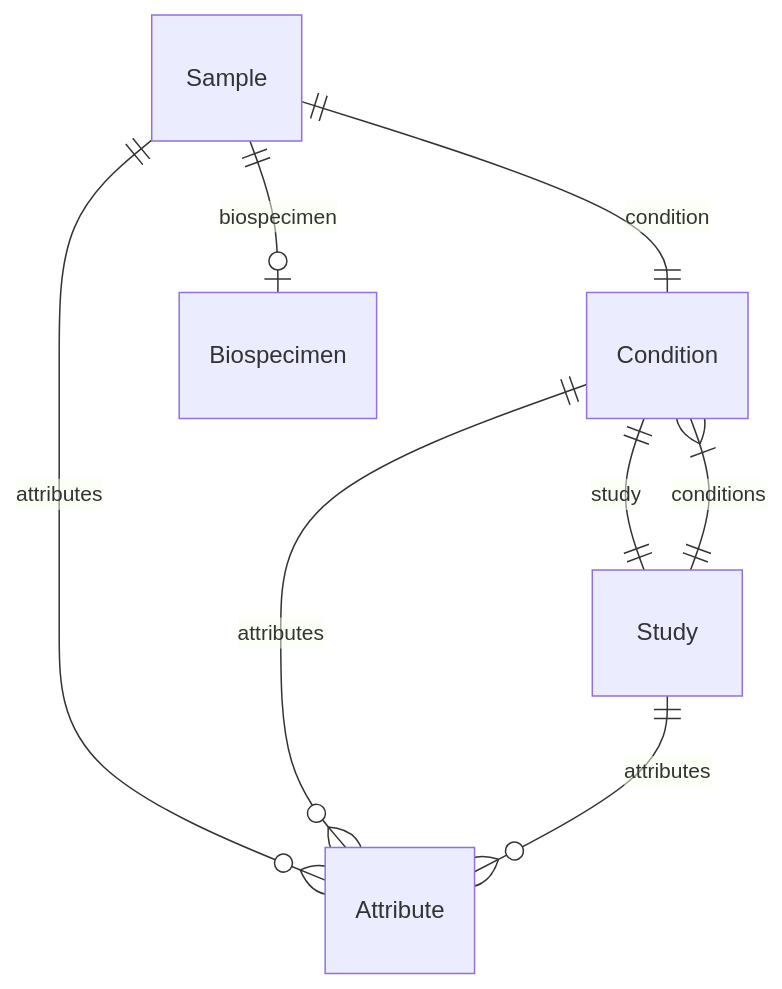
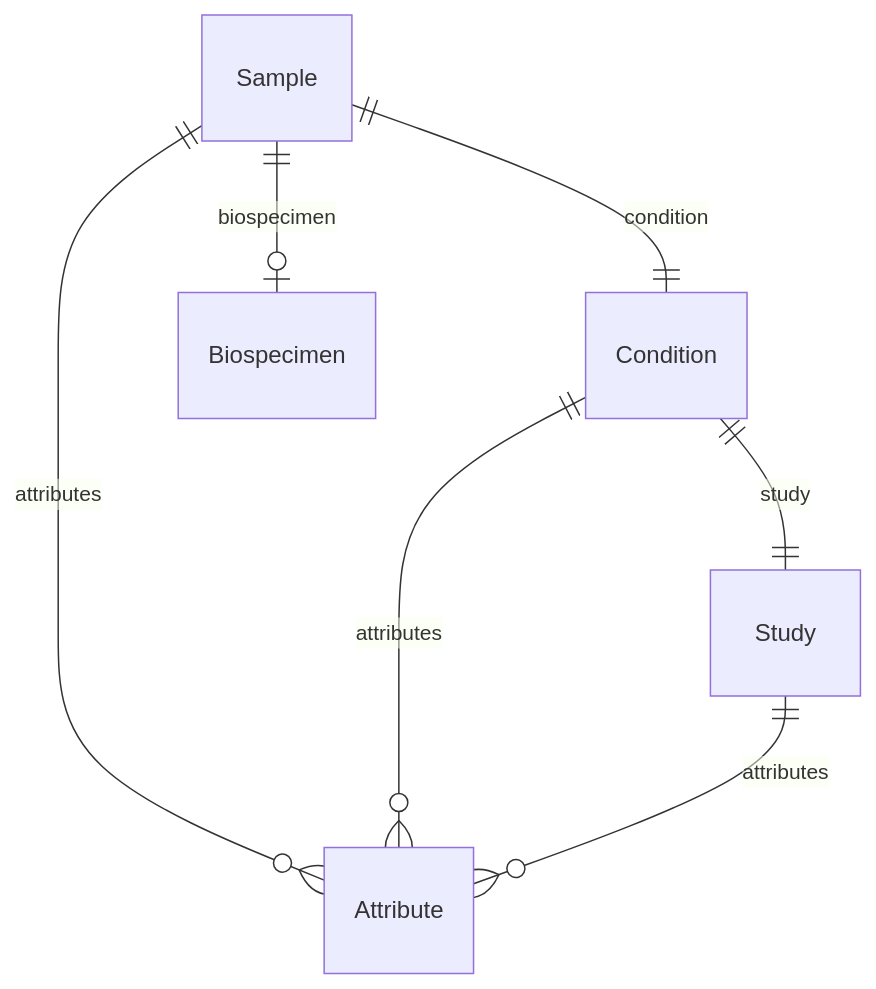
One commit to ghga-de/ghga-metadata-schema changed the fourth of 7 diagrams in docs/entity_relations.md. Above: the diagram before and after it, drawn with Mermaid. The commit also changed other lines of this file and 6 other files, not shown here.

Commit message:
Remove slot Study.conditions

````diff
--- a/docs/entity_relations.md
+++ b/docs/entity_relations.md
@@ -212,21 +211,20 @@
 ```mermaid
 erDiagram
 Sample {
 
 }
 Condition {
 
 }
 Study {
 
 }
 
 Sample ||--|o Biospecimen : "biospecimen"
 Sample ||--|| Condition : "condition"
 Sample ||--}o Attribute : "attributes"
 Condition ||--|| Study : "study"
 Condition ||--}o Attribute : "attributes"
-Study ||--}| Condition : "conditions"
 Study ||--}o Attribute : "attributes"
 
 ```
````
